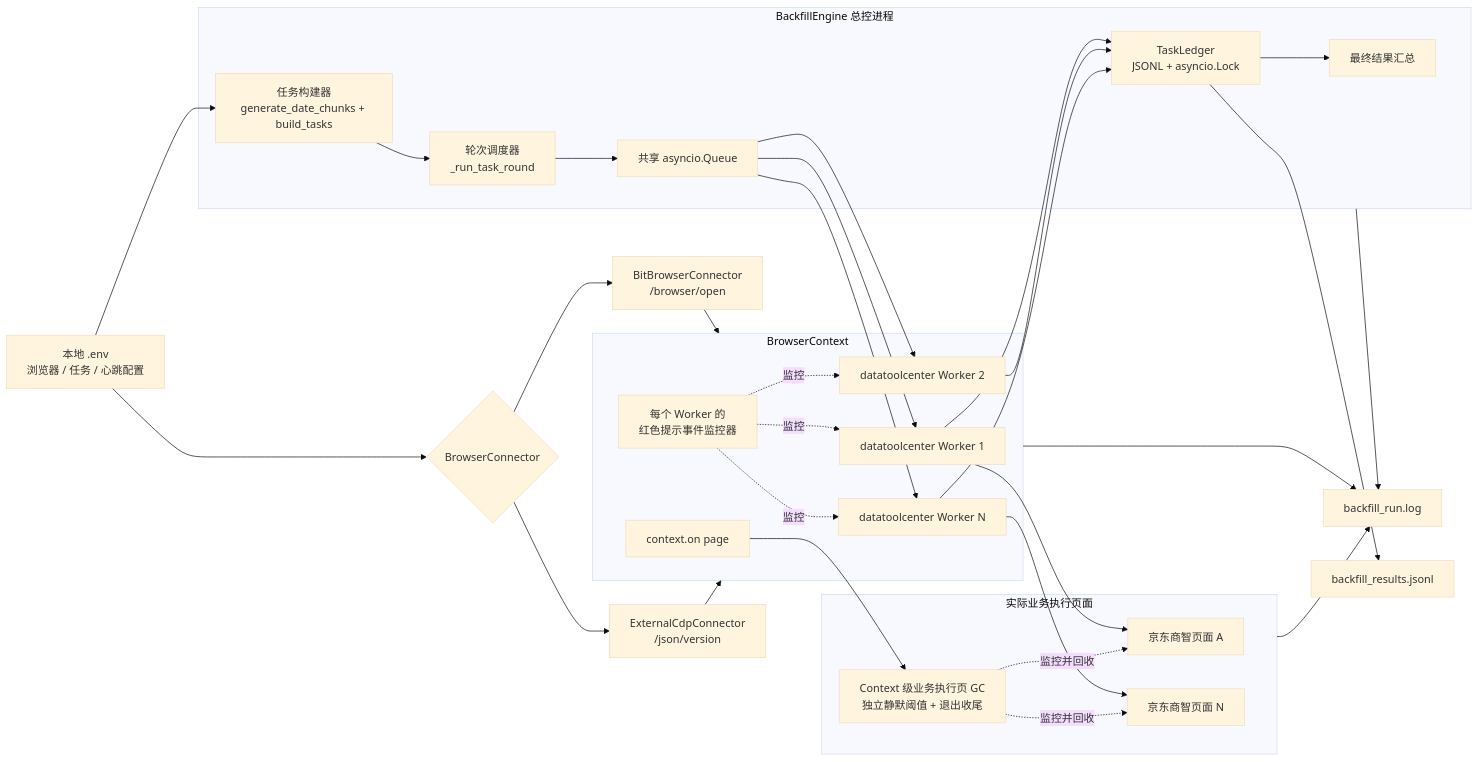
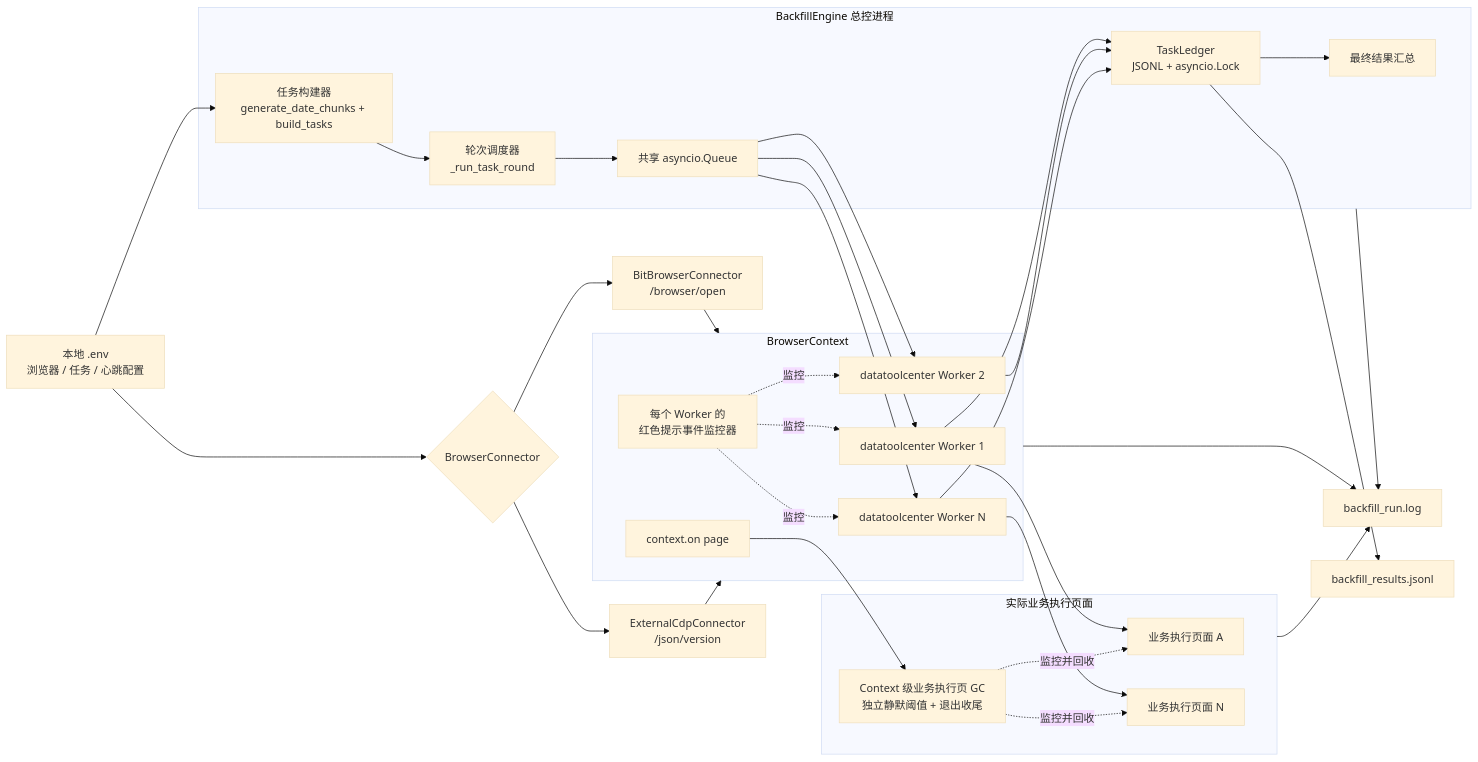
One commit to liao084/BitBrowser-Backfill-Engine changed the second of 15 diagrams in ARCHITECTURE.md. Above: the diagram before and after it, drawn with Mermaid (base theme). The commit also changed other lines of this file and 14 other files, not shown here.

````diff
--- a/ARCHITECTURE.md
+++ b/ARCHITECTURE.md
@@ -61,59 +61,59 @@
 ```mermaid
 flowchart LR
     Config["本地 .env<br/>浏览器 / 任务 / 心跳配置"]
     Connector{"BrowserConnector"}
     BitAPI["BitBrowserConnector<br/>/browser/open"]
     External["ExternalCdpConnector<br/>/json/version"]
 
     subgraph Engine["BackfillEngine 总控进程"]
         Builder["任务构建器<br/>generate_date_chunks + build_tasks"]
         Pool["共享 asyncio.Queue"]
         Scheduler["轮次调度器<br/>_run_task_round"]
         Ledger["TaskLedger<br/>JSONL + asyncio.Lock"]
         Summary["最终结果汇总"]
     end
 
     subgraph Context["BrowserContext"]
         W1["datatoolcenter Worker 1"]
         W2["datatoolcenter Worker 2"]
         WN["datatoolcenter Worker N"]
         ToastGuard["每个 Worker 的<br/>红色提示事件监控器"]
         PageEvent["context.on page"]
     end
 
     subgraph Business["实际业务执行页面"]
-        JD1["京东商智页面 A"]
-        JDN["京东商智页面 N"]
+        JD1["业务执行页面 A"]
+        JDN["业务执行页面 N"]
         GC["Context 级业务执行页 GC<br/>独立静默阈值 + 退出收尾"]
     end
 
     Log["backfill_run.log"]
     Result["backfill_results.jsonl"]
 
     Config --> Connector
     Connector --> BitAPI
     Connector --> External
     BitAPI --> Context
     External --> Context
     Config --> Builder --> Scheduler
     Scheduler --> Pool
     Pool --> W1
     Pool --> W2
     Pool --> WN
     W1 --> Ledger
     W2 --> Ledger
     WN --> Ledger
     Ledger --> Result
     Ledger --> Summary
     ToastGuard -.监控.-> W1
     ToastGuard -.监控.-> W2
     ToastGuard -.监控.-> WN
     W1 --> JD1
     WN --> JDN
     PageEvent --> GC
     GC -.监控并回收.-> JD1
     GC -.监控并回收.-> JDN
     Engine --> Log
     Context --> Log
     Business --> Log
 ```
````
